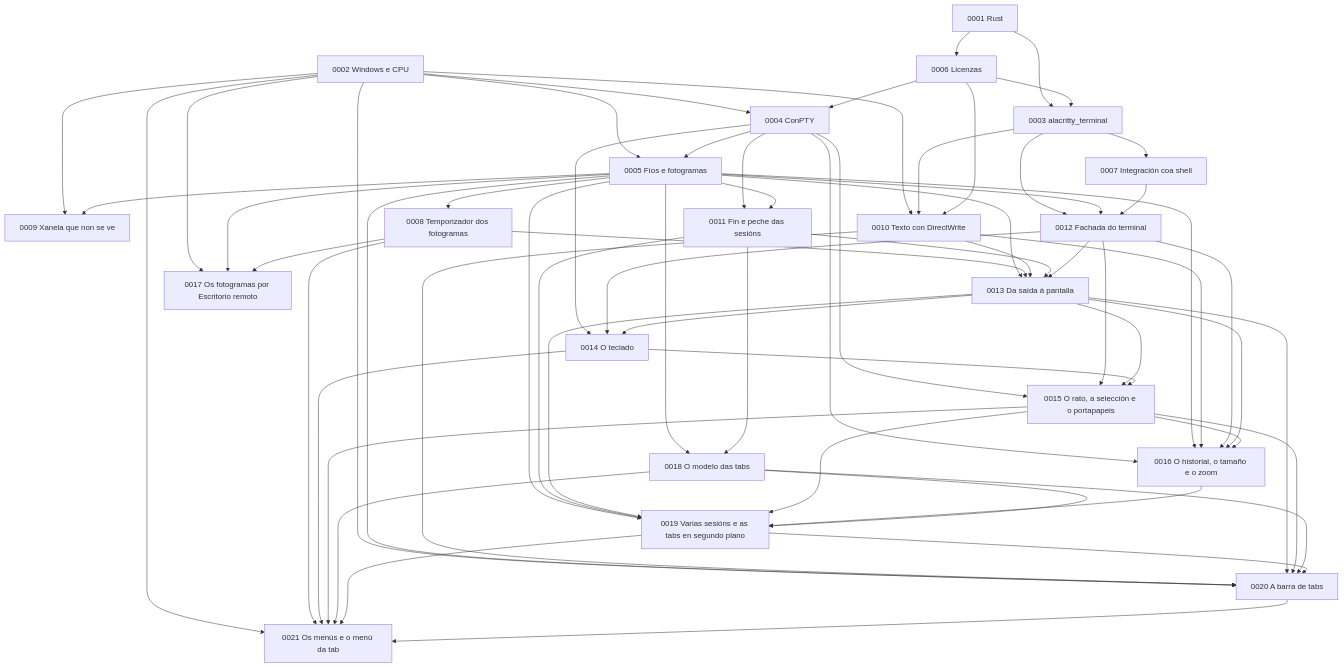
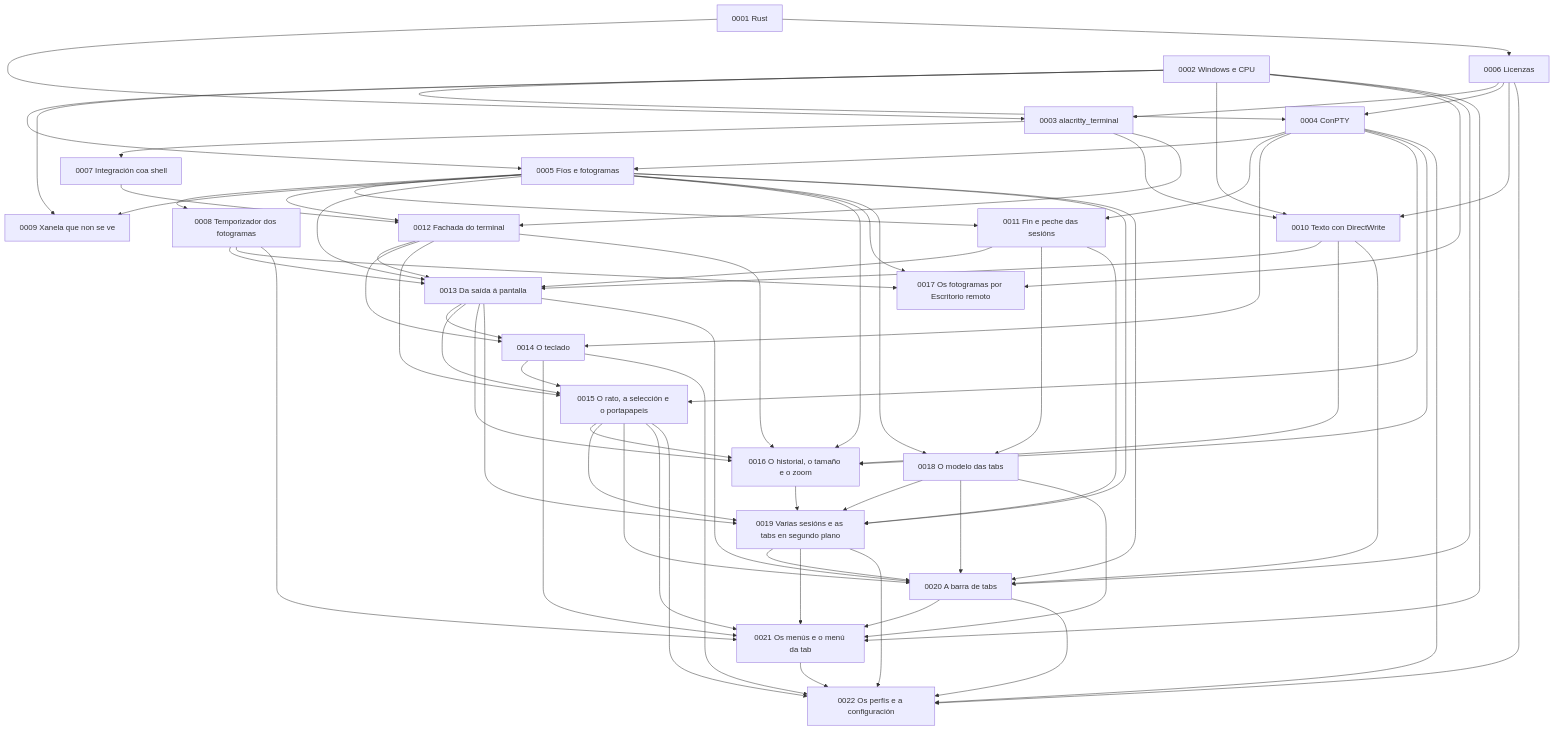
Before and after one commit to NewHouses/meiga: the diagram in docs/adr/README.md, drawn with Mermaid. The commit also changed other lines of this file and 58 other files, not shown here.

````diff
--- a/docs/adr/README.md
+++ b/docs/adr/README.md
@@ -42,65 +43,72 @@
 ```mermaid
 graph TD
     A1["0001 Rust"] --> A3["0003 alacritty_terminal"]
     A1 --> A6["0006 Licenzas"]
     A2["0002 Windows e CPU"] --> A4["0004 ConPTY"]
     A2 --> A5["0005 Fíos e fotogramas"]
     A2 --> A9["0009 Xanela que non se ve"]
     A2 --> A10["0010 Texto con DirectWrite"]
     A3 --> A7["0007 Integración coa shell"]
     A3 --> A10
     A3 --> A12["0012 Fachada do terminal"]
     A4 --> A5
     A4 --> A11["0011 Fin e peche das sesións"]
     A5 --> A8["0008 Temporizador dos fotogramas"]
     A5 --> A9
     A5 --> A11
     A5 --> A12
     A6 --> A3
     A6 --> A4
     A6 --> A10
     A7 --> A12
     A5 --> A13["0013 Da saída á pantalla"]
     A8 --> A13
     A10 --> A13
     A11 --> A13
     A12 --> A13
     A4 --> A14["0014 O teclado"]
     A12 --> A14
     A13 --> A14
     A4 --> A15["0015 O rato, a selección e o portapapeis"]
     A12 --> A15
     A13 --> A15
     A14 --> A15
     A4 --> A16["0016 O historial, o tamaño e o zoom"]
     A5 --> A16
     A10 --> A16
     A12 --> A16
     A13 --> A16
     A15 --> A16
     A2 --> A17["0017 Os fotogramas por Escritorio remoto"]
     A5 --> A17
     A8 --> A17
     A5 --> A18["0018 O modelo das tabs"]
     A11 --> A18
     A5 --> A19["0019 Varias sesións e as tabs en segundo plano"]
     A11 --> A19
     A13 --> A19
     A15 --> A19
     A16 --> A19
     A18 --> A19
     A2 --> A20["0020 A barra de tabs"]
     A5 --> A20
     A10 --> A20
     A13 --> A20
     A15 --> A20
     A18 --> A20
     A19 --> A20
     A2 --> A21["0021 Os menús e o menú da tab"]
     A8 --> A21
     A14 --> A21
     A15 --> A21
     A18 --> A21
     A19 --> A21
     A20 --> A21
+    A4 --> A22["0022 Os perfís e a configuración"]
+    A6 --> A22
+    A14 --> A22
+    A15 --> A22
+    A19 --> A22
+    A20 --> A22
+    A21 --> A22
 ```
````
